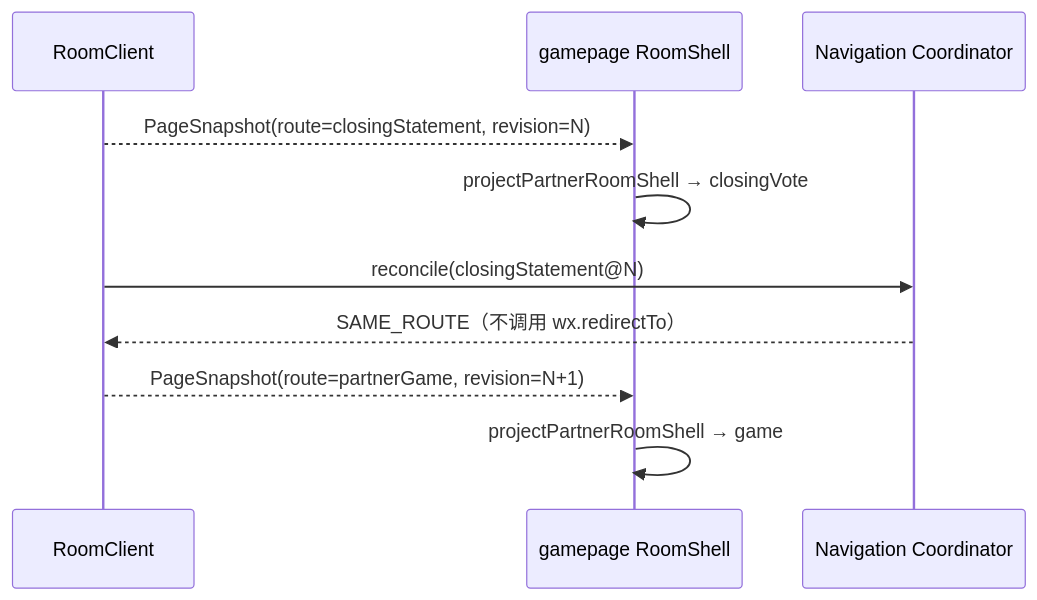
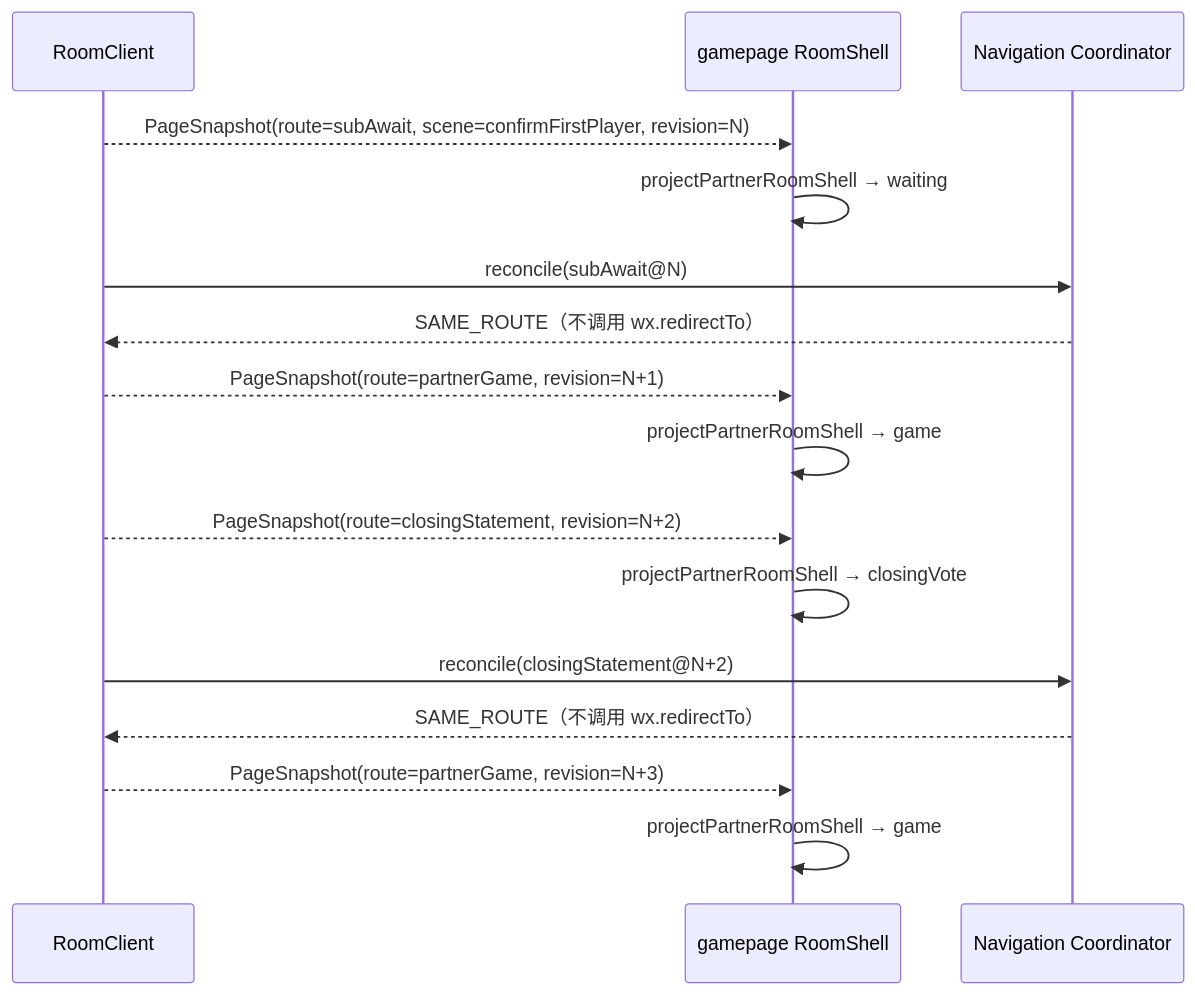
Before and after one commit to Bubble-419/cardboard-miniprogram: diagram 13 of 23 in docs/ROOM_PROTOCOL_V3_IMPLEMENTATION.md, drawn with Mermaid. The commit also changed other lines of this file and 26 other files, not shown here.

Commit message:
refactor: migrate waiting flows into stable room shells

````diff
--- a/docs/ROOM_PROTOCOL_V3_IMPLEMENTATION.md
+++ b/docs/ROOM_PROTOCOL_V3_IMPLEMENTATION.md
@@ -407,13 +416,19 @@
 ```mermaid
 sequenceDiagram
   participant RC as RoomClient
   participant P as gamepage RoomShell
   participant N as Navigation Coordinator
 
-  RC-->>P: PageSnapshot(route=closingStatement, revision=N)
-  P->>P: projectPartnerRoomShell → closingVote
-  RC->>N: reconcile(closingStatement@N)
+  RC-->>P: PageSnapshot(route=subAwait, scene=confirmFirstPlayer, revision=N)
+  P->>P: projectPartnerRoomShell → waiting
+  RC->>N: reconcile(subAwait@N)
   N-->>RC: SAME_ROUTE（不调用 wx.redirectTo）
   RC-->>P: PageSnapshot(route=partnerGame, revision=N+1)
   P->>P: projectPartnerRoomShell → game
+  RC-->>P: PageSnapshot(route=closingStatement, revision=N+2)
+  P->>P: projectPartnerRoomShell → closingVote
+  RC->>N: reconcile(closingStatement@N+2)
+  N-->>RC: SAME_ROUTE（不调用 wx.redirectTo）
+  RC-->>P: PageSnapshot(route=partnerGame, revision=N+3)
+  P->>P: projectPartnerRoomShell → game
 ```
````
